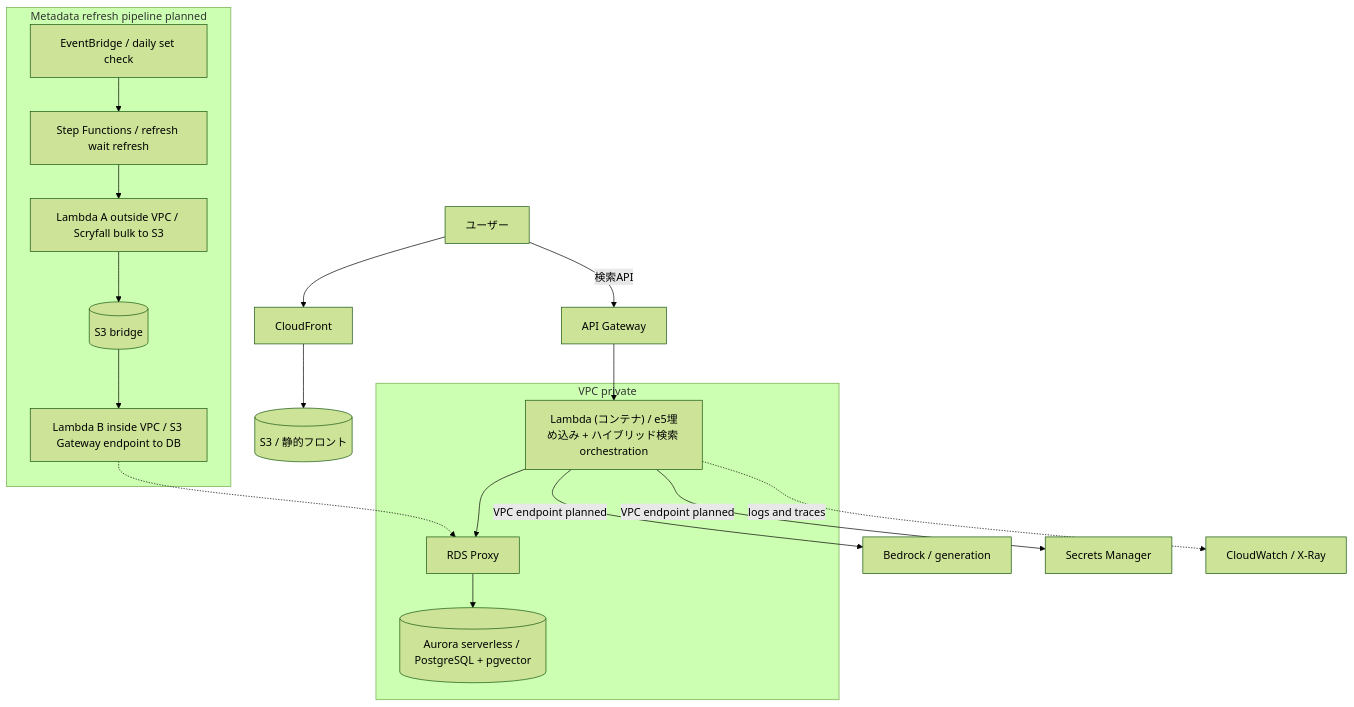
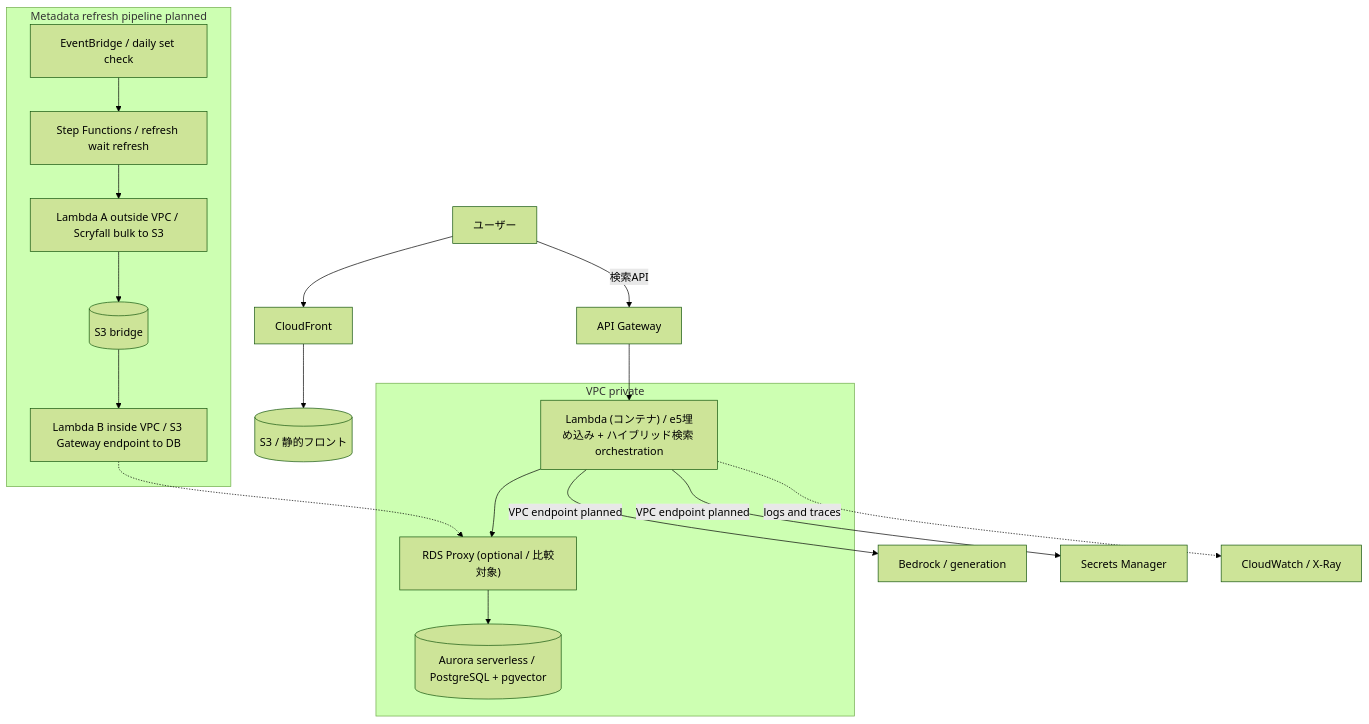
One commit to Sakaihashizo/mtg-rag changed the third of 3 diagrams in README.md. Above: the diagram before and after it, drawn with Mermaid (forest theme). The commit also changed other lines of this file and 1 other file, not shown here.

````diff
--- a/README.md
+++ b/README.md
@@ -160,22 +163,22 @@
 ```mermaid
 flowchart TB
     user["ユーザー"] --> cf["CloudFront"]
     cf --> s3f[("S3 / 静的フロント")]
     user -->|検索API| apigw["API Gateway"]
     apigw --> lam["Lambda (コンテナ) / e5埋め込み + ハイブリッド検索 orchestration"]
     subgraph vpc [VPC private]
-        lam --> proxy["RDS Proxy"]
+        lam --> proxy["RDS Proxy (optional / 比較対象)"]
         proxy --> aurora[("Aurora serverless / PostgreSQL + pgvector")]
     end
     lam -->|"VPC endpoint planned"| bedrock["Bedrock / generation"]
     lam -->|"VPC endpoint planned"| secrets["Secrets Manager"]
     lam -. logs and traces .-> cw["CloudWatch / X-Ray"]
 
     subgraph refresh [Metadata refresh pipeline planned]
         eb["EventBridge / daily set check"] --> sfn["Step Functions / refresh wait refresh"]
         sfn --> lamA["Lambda A outside VPC / Scryfall bulk to S3"]
         lamA --> s3b[("S3 bridge")]
         s3b --> lamB["Lambda B inside VPC / S3 Gateway endpoint to DB"]
     end
     lamB -.-> proxy
 ```
````
